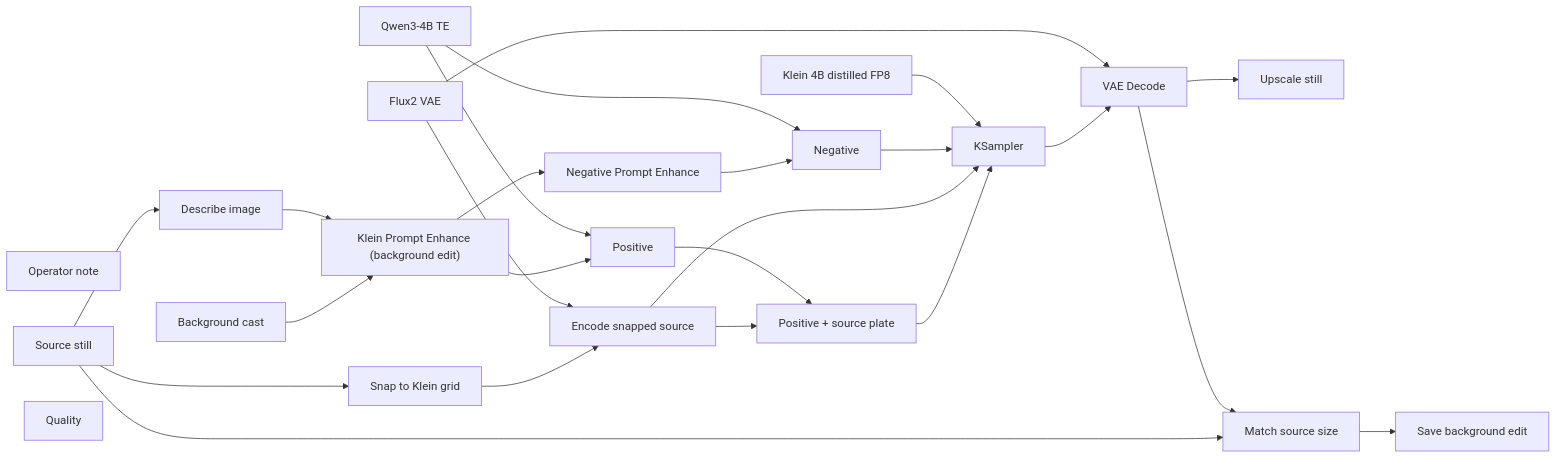
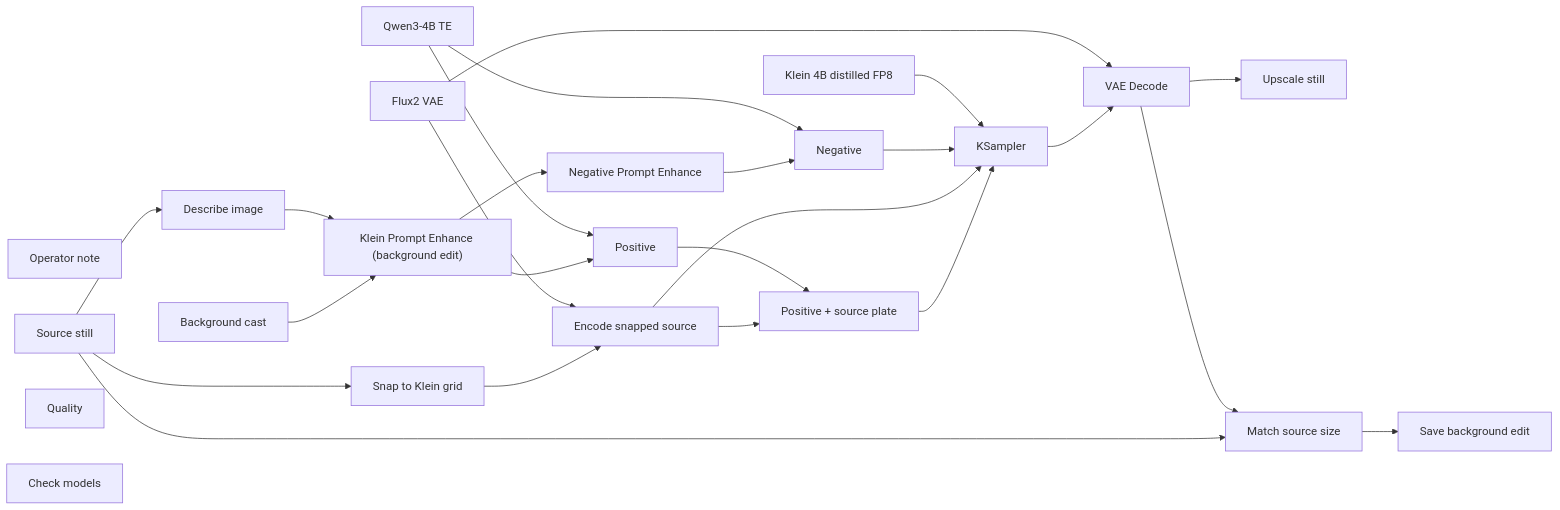
One commit to toxicoder/ez-comfy-stack changed the diagram in docs/generated/workflows/stills/background-edit.md. Above: the diagram before and after it, drawn with Mermaid. The commit also changed other lines of this file and 1106 other files, not shown here.

First line of the commit message:
feat: add Check models node to every lab App

````diff
--- a/docs/generated/workflows/stills/background-edit.md
+++ b/docs/generated/workflows/stills/background-edit.md
@@ -52,46 +52,47 @@
 ```mermaid
 flowchart LR
   N1["Klein 4B distilled FP8"]
   N2["Qwen3-4B TE"]
   N3["Flux2 VAE"]
   N4["Positive"]
   N5["Negative"]
   N7["KSampler"]
   N8["VAE Decode"]
   N9["Save background edit"]
   N10["Operator note"]
   N11["Source still"]
   N12["Klein Prompt Enhance (background edit)"]
   N13["Negative Prompt Enhance"]
   N14["Quality"]
   N18["Upscale still"]
   N19["Describe image"]
   N20["Encode snapped source"]
   N21["Positive + source plate"]
   N22["Snap to Klein grid"]
   N23["Match source size"]
   N24["Background cast"]
+  N25["Check models"]
   N1 --> N7
   N2 --> N4
   N2 --> N5
   N3 --> N8
   N3 --> N20
   N4 --> N21
   N5 --> N7
   N7 --> N8
   N8 --> N18
   N8 --> N23
   N11 --> N22
   N11 --> N23
   N11 --> N19
   N12 --> N4
   N12 --> N13
   N13 --> N5
   N19 --> N12
   N20 --> N21
   N20 --> N7
   N21 --> N7
   N22 --> N20
   N23 --> N9
   N24 --> N12
 ```
````
